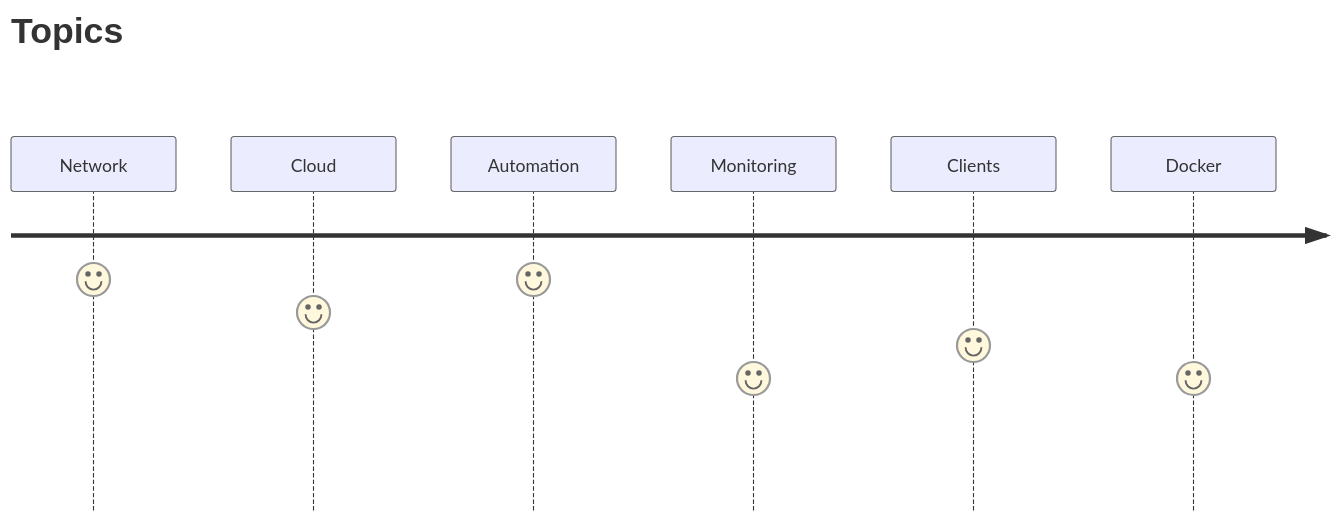
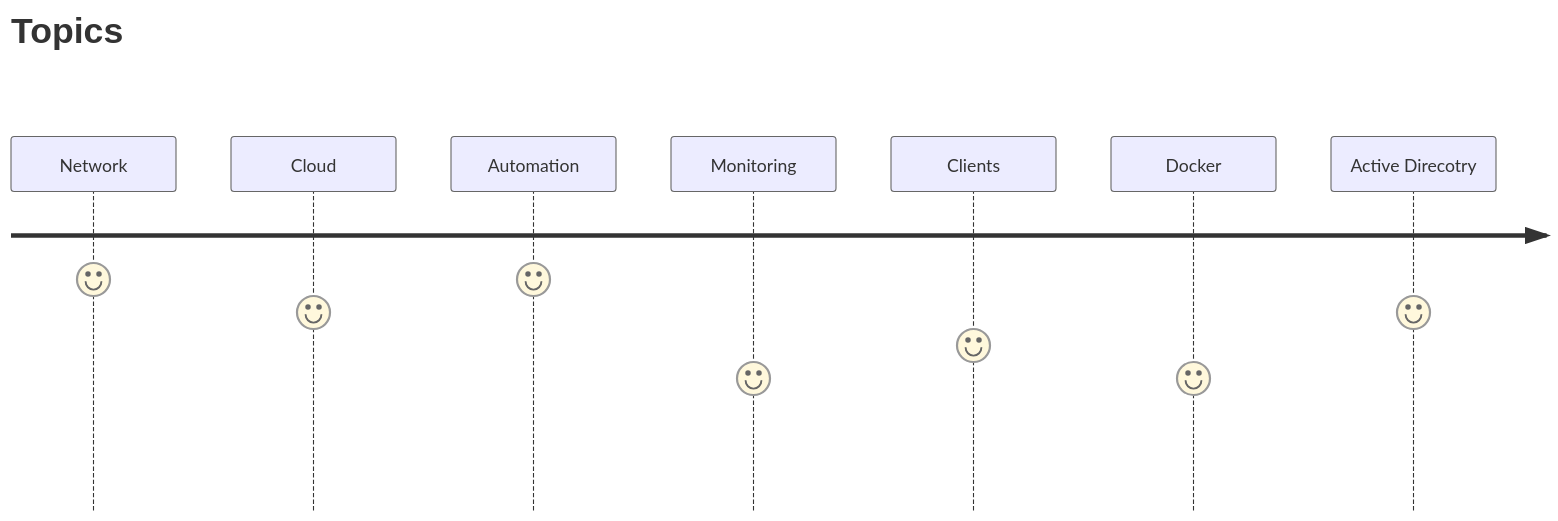
Before and after one commit to noahzmr/deploy-server-services-and-automate-administration-tasks: the first of 5 diagrams in README.md, drawn with Mermaid. The commit also changed other lines of this file, not shown here.

````diff
--- a/README.md
+++ b/README.md
@@ -114,10 +114,11 @@
 ```mermaid
 journey
     title Topics
       Network: 7
       Cloud: 6
       Automation: 7
       Monitoring: 4
       Clients: 5
       Docker: 4
+      Active Direcotry: 6
 ```
````
